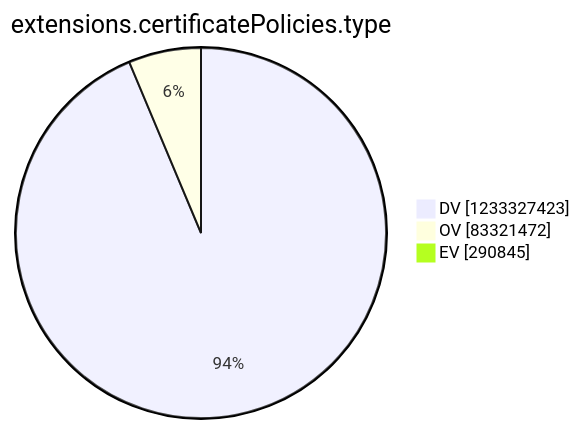
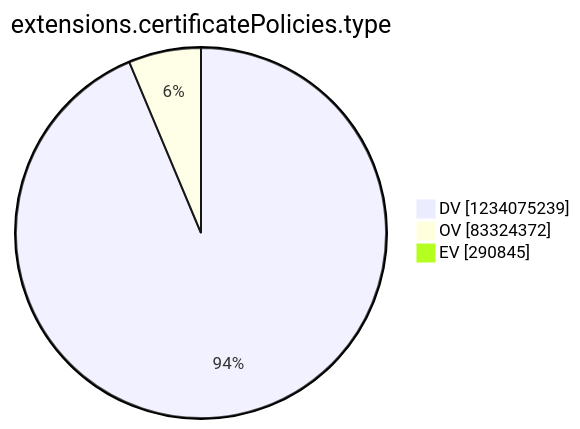
The tenth of 15 diagrams in argon2022/README.md (christiankrug/ctmonitor_visualization), drawn with Mermaid before and after one commit. The commit also changed other lines of this file, not shown here.

````diff
--- a/argon2022/README.md
+++ b/argon2022/README.md
@@ -2770,7 +2770,7 @@
 ```mermaid
 pie showData
 title extensions.certificatePolicies.type
-"DV" :1233327423
-"OV" :83321472
+"DV" :1234075239
+"OV" :83324372
 "EV" :290845
 ```
````
